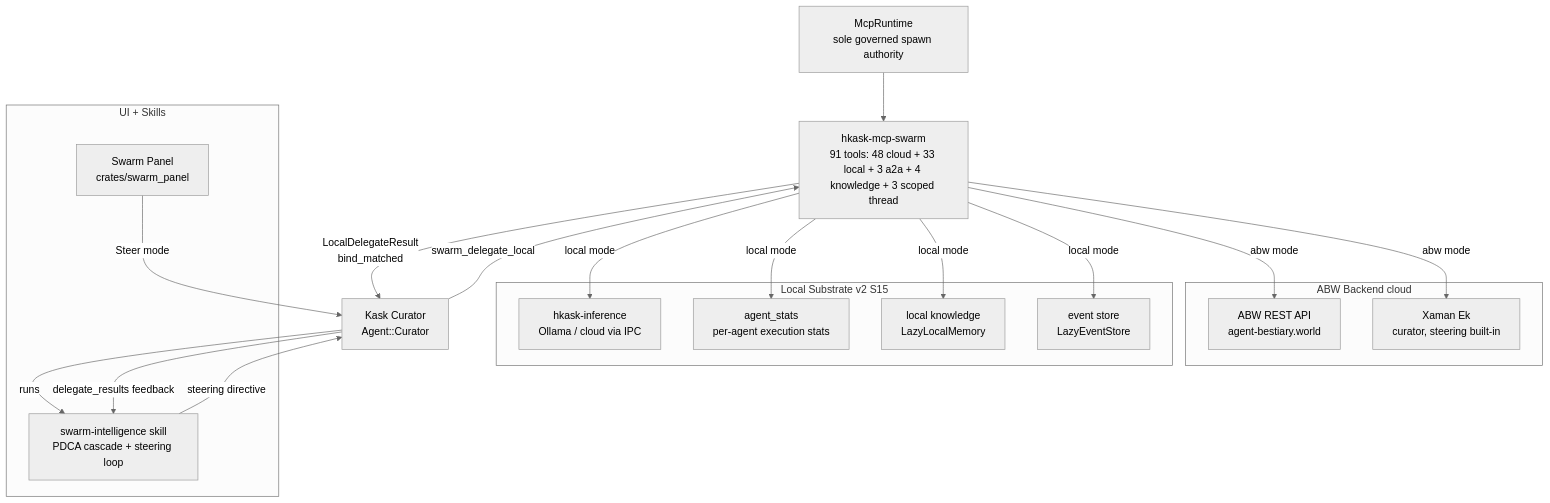
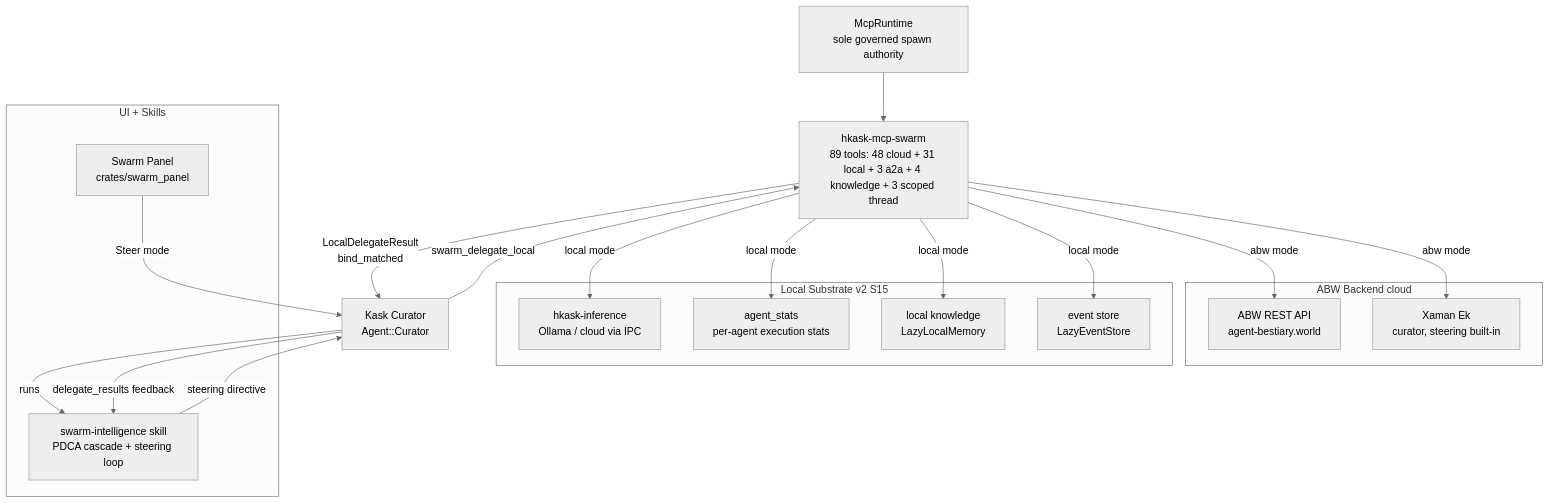
Before and after one commit to mdz-axo/zed-kask: the first of 6 diagrams in kask/docs/diagrams/swarm.md, drawn with Mermaid (neutral theme). The commit also changed other lines of this file and 36 other files, not shown here.

````diff
--- a/kask/docs/diagrams/swarm.md
+++ b/kask/docs/diagrams/swarm.md
@@ -41,36 +43,36 @@
 ```mermaid
 flowchart TD
     MR[McpRuntime<br/>sole governed spawn authority]
-    SWARM[hkask-mcp-swarm<br/>91 tools: 48 cloud + 33 local + 3 a2a + 4 knowledge + 3 scoped thread]
+    SWARM[hkask-mcp-swarm<br/>89 tools: 48 cloud + 31 local + 3 a2a + 4 knowledge + 3 scoped thread]
     MR --> SWARM
 
     subgraph abw[ABW Backend cloud]
         ABW_API[ABW REST API<br/>agent-bestiary.world]
         XAMAN[Xaman Ek<br/>curator, steering built-in]
     end
 
     subgraph local[Local Substrate v2 S15]
         INF[hkask-inference<br/>Ollama / cloud via IPC]
         STATS[agent_stats<br/>per-agent execution stats]
         MEMORY[local knowledge<br/>LazyLocalMemory]
         EVENTS[event store<br/>LazyEventStore]
     end
 
     SWARM -->|abw mode| ABW_API
     SWARM -->|abw mode| XAMAN
     SWARM -->|local mode| INF
     SWARM -->|local mode| STATS
     SWARM -->|local mode| MEMORY
     SWARM -->|local mode| EVENTS
 
     subgraph ui[UI + Skills]
         PANEL[Swarm Panel<br/>crates/swarm_panel]
         SI[swarm-intelligence skill<br/>PDCA cascade + steering loop]
     end
     PANEL -->|Steer mode| CURATOR[Kask Curator<br/>Agent::Curator]
     CURATOR -->|runs| SI
     SI -->|steering directive| CURATOR
     CURATOR -->|swarm_delegate_local| SWARM
     SWARM -->|LocalDelegateResult<br/>bind_matched| CURATOR
     CURATOR -->|delegate_results feedback| SI
 ```
````
